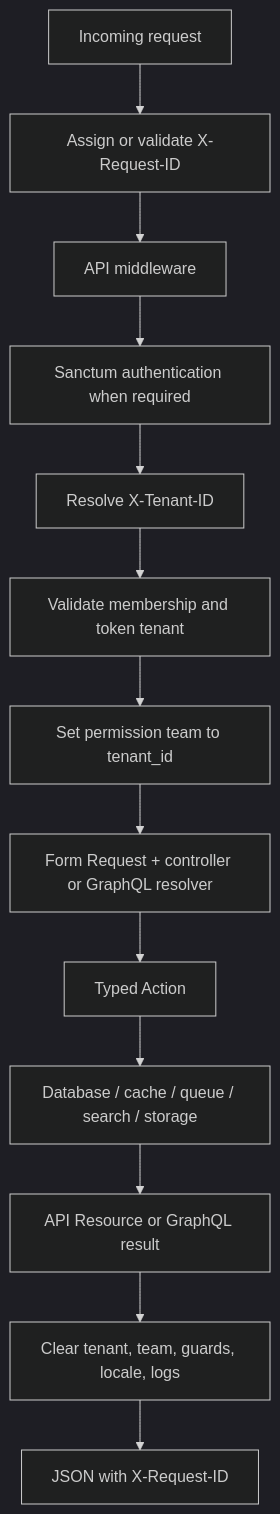
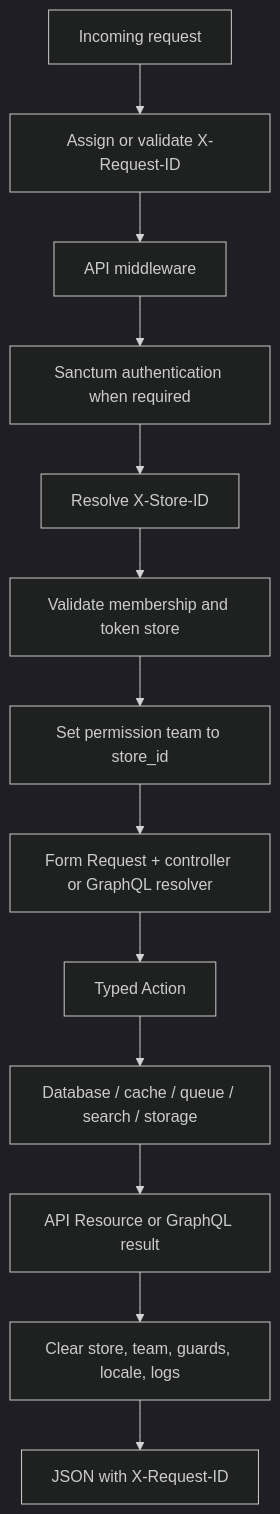
The second of 4 diagrams in docs/developer-guide.md (fzeeso/shopnxebk), drawn with Mermaid (dark theme) before and after one commit. The commit also changed other lines of this file and 145 other files, not shown here.

````diff
--- a/docs/developer-guide.md
+++ b/docs/developer-guide.md
@@ -97,18 +106,18 @@
 ```mermaid
 flowchart TD
     Request["Incoming request"]
     RequestId["Assign or validate X-Request-ID"]
     Api["API middleware"]
     Auth["Sanctum authentication when required"]
-    Resolve["Resolve X-Tenant-ID"]
-    Member["Validate membership and token tenant"]
-    Team["Set permission team to tenant_id"]
+    Resolve["Resolve X-Store-ID"]
+    Member["Validate membership and token store"]
+    Team["Set permission team to store_id"]
     Handler["Form Request + controller or GraphQL resolver"]
     Action["Typed Action"]
     Data["Database / cache / queue / search / storage"]
     Resource["API Resource or GraphQL result"]
-    Cleanup["Clear tenant, team, guards, locale, logs"]
+    Cleanup["Clear store, team, guards, locale, logs"]
     Response["JSON with X-Request-ID"]
 
     Request --> RequestId --> Api --> Auth --> Resolve --> Member --> Team --> Handler --> Action --> Data --> Resource --> Cleanup --> Response
 ```
````
